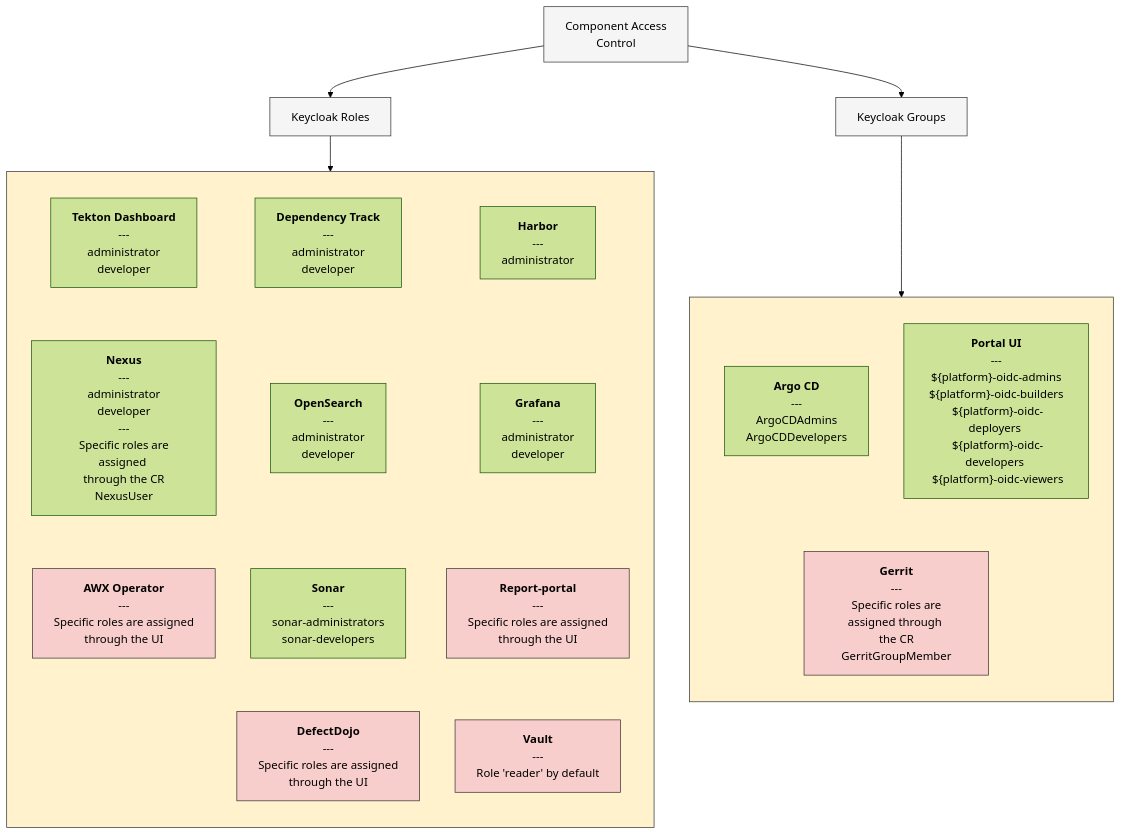
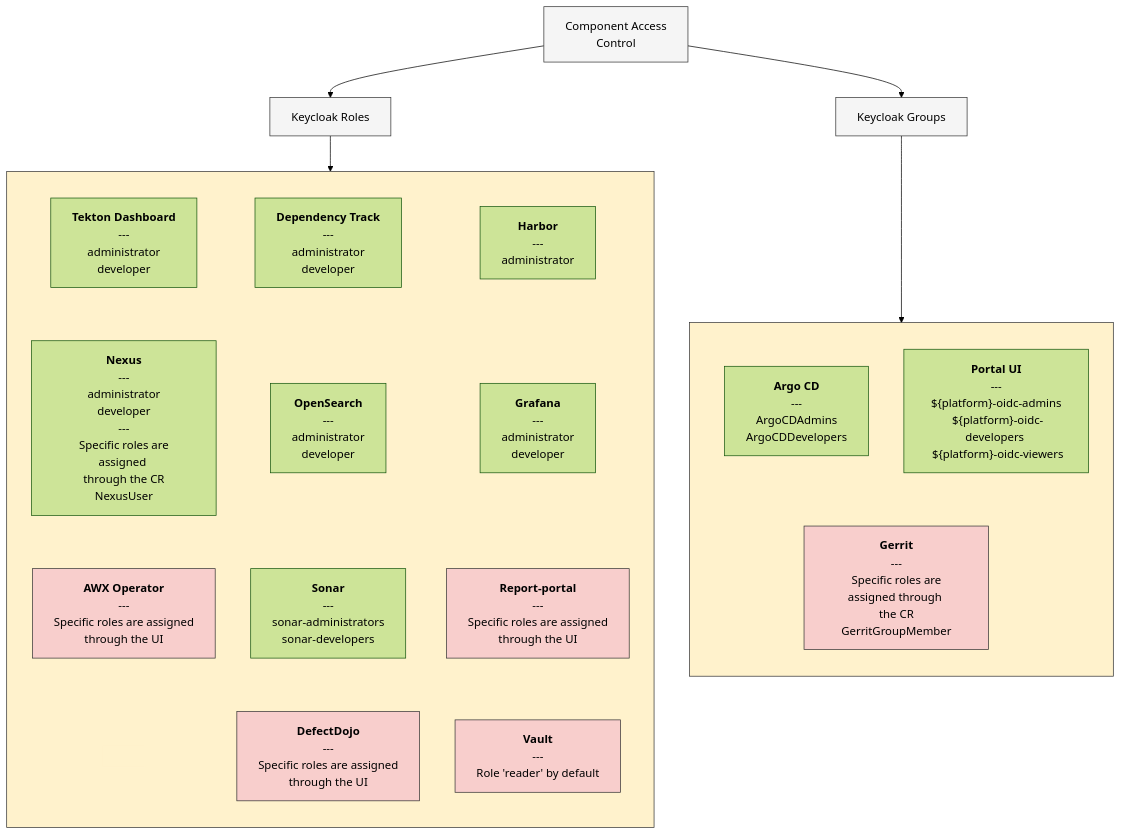
Before and after one commit to KubeRocketCI/docs: the second of 2 diagrams in versioned_docs/version-3.9.0/operator-guide/auth/platform-auth-model.md, drawn with Mermaid (forest theme). The commit also changed other lines of this file and 1 other file, not shown here.

````diff
--- a/versioned_docs/version-3.9.0/operator-guide/auth/platform-auth-model.md
+++ b/versioned_docs/version-3.9.0/operator-guide/auth/platform-auth-model.md
@@ -61,54 +61,54 @@
 ```mermaid
 graph TD;
     style component_access_control fill:#F5F5F5,stroke:#333,stroke-width:1px
     style keycloak_roles fill:#F5F5F5,stroke:#333,stroke-width:1px
     style keycloak_groups fill:#F5F5F5,stroke:#333,stroke-width:1px
     style mock_object fill:#FFF2CC,stroke:#FFF2CC,stroke-width:1px
     style AWX-operator fill:#F8CECC,stroke:#333,stroke-width:1px
     style DefectDojo fill:#F8CECC,stroke:#333,stroke-width:1px
     style ReportPortal fill:#F8CECC,stroke:#333,stroke-width:1px
     style Vault fill:#F8CECC,stroke:#333,stroke-width:1px
     style Gerrit fill:#F8CECC,stroke:#333,stroke-width:1px
     style keycloak_roles_components fill:#FFF2CC,stroke:#333,stroke-width:1px
     style keycloak_groups_components fill:#FFF2CC,stroke:#333,stroke-width:1px
 
     subgraph keycloak_roles_components [" "]
         direction TB
         DependencyTrack["<b>Dependency Track</b><br> --- <br> administrator <br> developer"]
         Harbor["<b>Harbor</b><br> --- <br> administrator"]
         TektonDashboard["<b>Tekton Dashboard</b><br> --- <br> administrator <br> developer"]
 
         OpenSearch["<b>OpenSearch</b><br> --- <br> administrator <br> developer"]
         Grafana["<b>Grafana</b><br> --- <br> administrator <br> developer"]
 
         Sonar["<b>Sonar</b><br> --- <br> sonar-administrators <br> sonar-developers"]
         Nexus["<b>Nexus</b><br> --- <br> administrator <br> developer <br> --- <br> Specific roles are assigned <br> through the CR NexusUser"]
 
         AWX-operator["<b>AWX Operator</b><br> --- <br> Specific roles are assigned <br> through the UI"]
 
         DefectDojo["<b>DefectDojo</b><br> --- <br> Specific roles are assigned <br> through the UI"]
         ReportPortal["<b>Report-portal</b><br> --- <br> Specific roles are assigned <br> through the UI"]
 
         Vault["<b>Vault</b><br> --- <br> Role 'reader' by default"]
 
         DependencyTrack ~~~ OpenSearch ~~~ Sonar ~~~ DefectDojo
         Harbor ~~~ Grafana ~~~ ReportPortal ~~~ Vault
         TektonDashboard ~~~ Nexus ~~~ AWX-operator ~~~ mock_object[" "]
     end
 
     subgraph keycloak_groups_components [" "]
         direction TB
         ArgoCD["<b>Argo CD</b><br> --- <br> ArgoCDAdmins <br> ArgoCDDevelopers"]
-        PortalUI["<b>Portal UI</b><br> --- <br> ${platform}-oidc-admins <br> ${platform}-oidc-builders <br> ${platform}-oidc-deployers <br> ${platform}-oidc-developers <br> ${platform}-oidc-viewers"]
+        PortalUI["<b>Portal UI</b><br> --- <br> ${platform}-oidc-admins <br> ${platform}-oidc-developers <br> ${platform}-oidc-viewers"]
 
         Gerrit["<b>Gerrit</b><br> --- <br> Specific roles are assigned through <br> the CR GerritGroupMember"]
         ArgoCD ~~~ Gerrit
         PortalUI ~~~ Gerrit
     end
 
     keycloak_roles --> keycloak_roles_components
     keycloak_groups --> keycloak_groups_components
 
     component_access_control["Component Access <br> Control"] --> keycloak_roles["Keycloak Roles"]
     component_access_control["Component Access <br> Control"] --> keycloak_groups["Keycloak Groups"]
 ```
````
